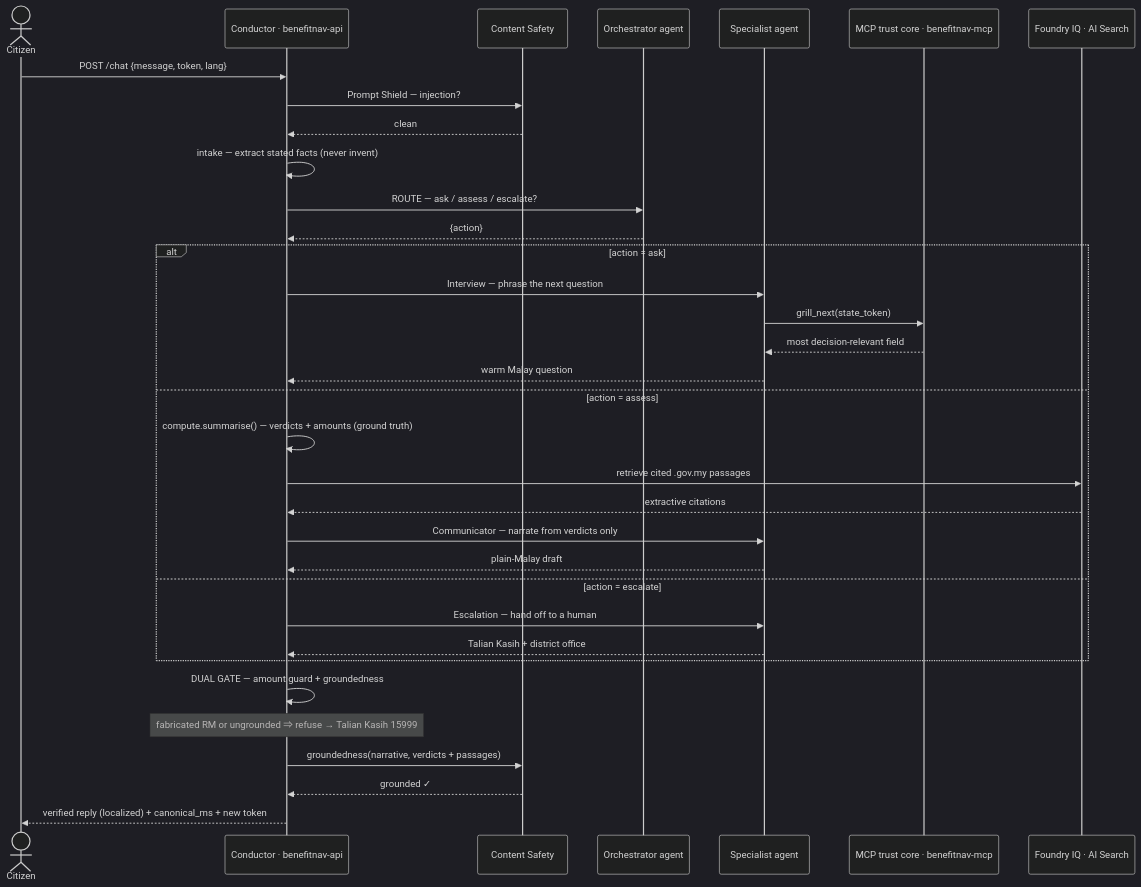
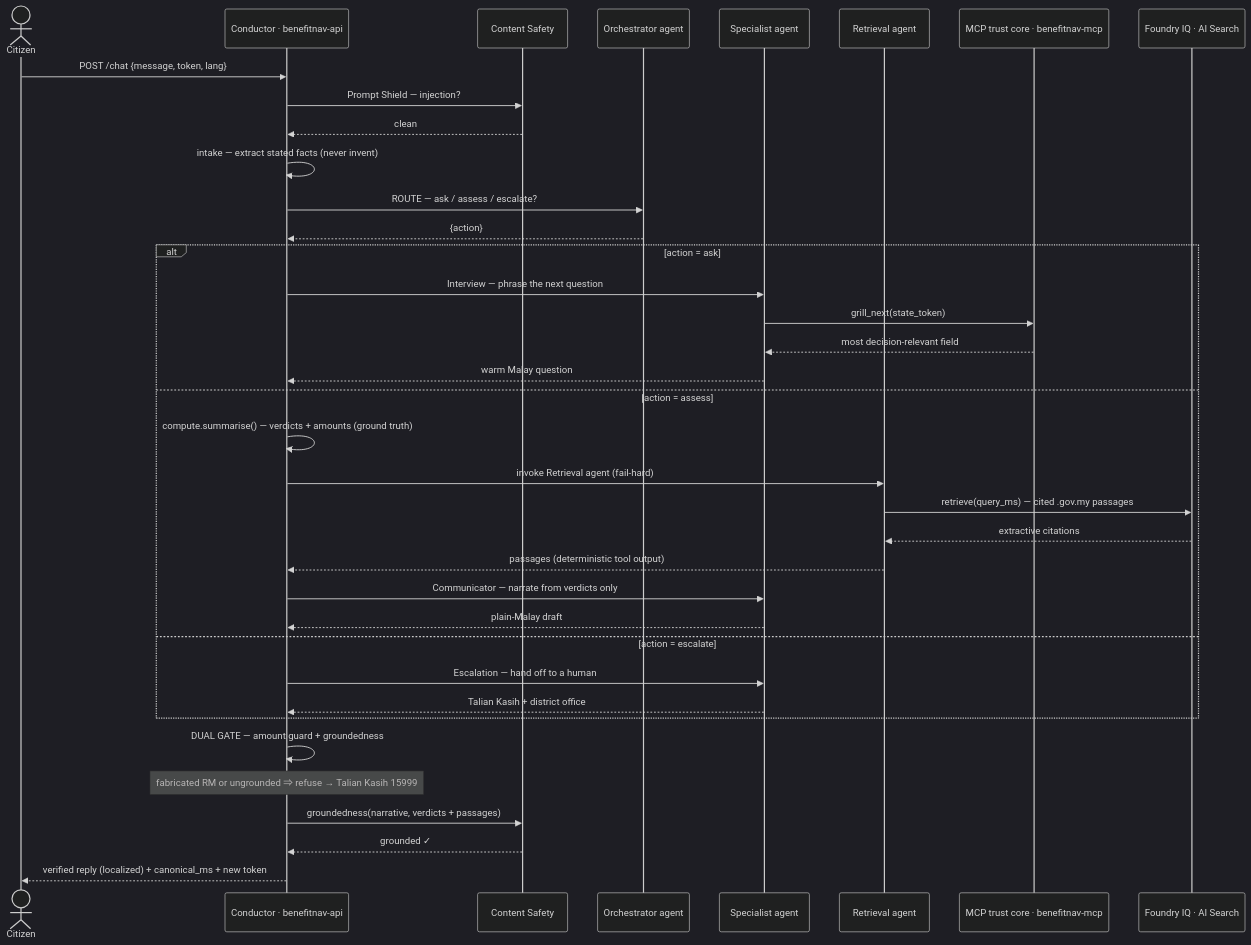
The second of 3 diagrams in docs/ARCHITECTURE.md (jipsy123/BenefitNavigator-MY), drawn with Mermaid (dark theme) before and after one commit. The commit also changed other lines of this file and 1 other file, not shown here.

Commit message:
docs: sync diagrams to live-Retrieval/fail-hard model (sequence hop, tool live/latent labels, footnote anchor)

````diff
--- a/docs/ARCHITECTURE.md
+++ b/docs/ARCHITECTURE.md
@@ -98,37 +98,40 @@
 ```mermaid
 sequenceDiagram
     actor C as Citizen
     participant API as Conductor · benefitnav-api
     participant CS as Content Safety
     participant O as Orchestrator agent
     participant S as Specialist agent
+    participant RET as Retrieval agent
     participant MCP as MCP trust core · benefitnav-mcp
     participant K as Foundry IQ · AI Search
 
     C->>API: POST /chat {message, token, lang}
     API->>CS: Prompt Shield — injection?
     CS-->>API: clean
     API->>API: intake — extract stated facts (never invent)
     API->>O: ROUTE — ask / assess / escalate?
     O-->>API: {action}
     alt action = ask
         API->>S: Interview — phrase the next question
         S->>MCP: grill_next(state_token)
         MCP-->>S: most decision-relevant field
         S-->>API: warm Malay question
     else action = assess
         API->>API: compute.summarise() — verdicts + amounts (ground truth)
-        API->>K: retrieve cited .gov.my passages
-        K-->>API: extractive citations
+        API->>RET: invoke Retrieval agent (fail-hard)
+        RET->>K: retrieve(query_ms) — cited .gov.my passages
+        K-->>RET: extractive citations
+        RET-->>API: passages (deterministic tool output)
         API->>S: Communicator — narrate from verdicts only
         S-->>API: plain-Malay draft
     else action = escalate
         API->>S: Escalation — hand off to a human
         S-->>API: Talian Kasih + district office
     end
     API->>API: DUAL GATE — amount guard + groundedness
     Note over API: fabricated RM or ungrounded ⇒ refuse → Talian Kasih 15999
     API->>CS: groundedness(narrative, verdicts + passages)
     CS-->>API: grounded ✓
     API-->>C: verified reply (localized) + canonical_ms + new token
 ```
````
